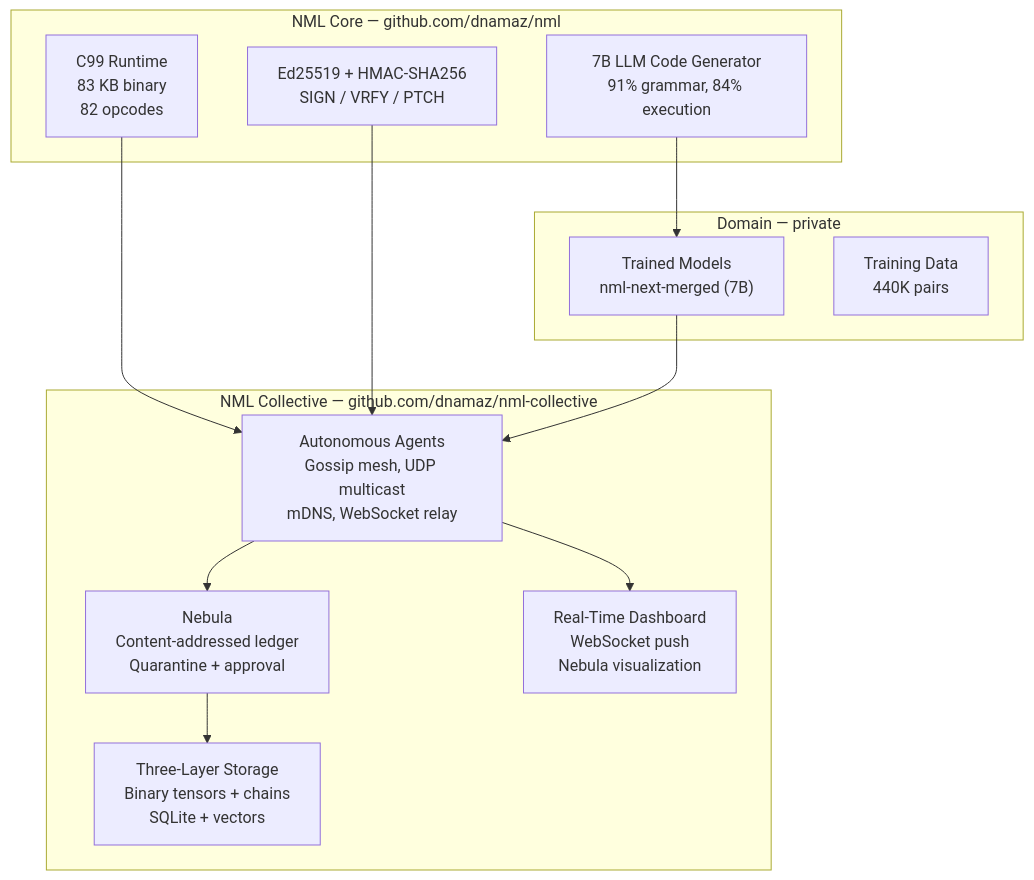
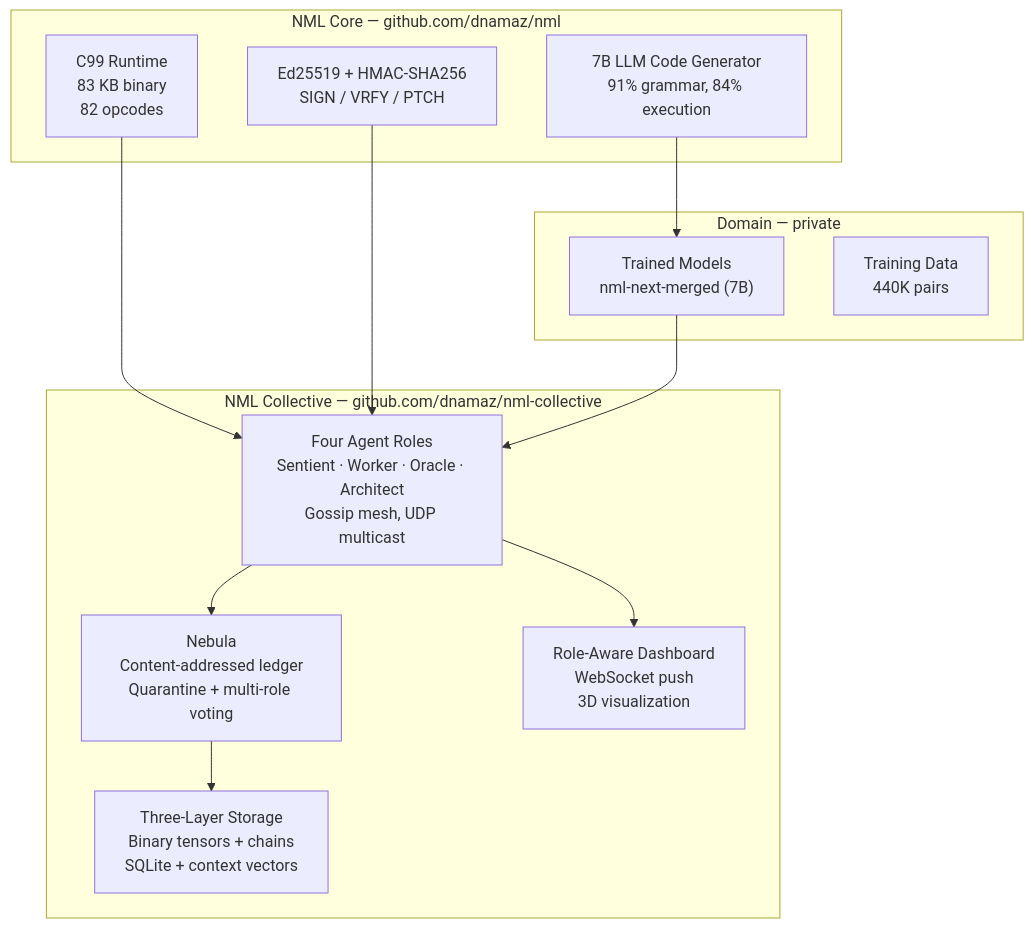
Before and after one commit to dnamaz/nml-collective: the first of 5 diagrams in docs/SYSTEM_ARCHITECTURE.md, drawn with Mermaid. The commit also changed other lines of this file and 15 other files, not shown here.

First line of the commit message:
Add Oracle and Architect roles, two-phase VOTE, rich data context, interactive dashboard

````diff
--- a/docs/SYSTEM_ARCHITECTURE.md
+++ b/docs/SYSTEM_ARCHITECTURE.md
@@ -9,25 +9,25 @@
 ```mermaid
 flowchart TB
     subgraph nml_core [NML Core — github.com/dnamaz/nml]
         runtime["C99 Runtime\n83 KB binary\n82 opcodes"]
         crypto["Ed25519 + HMAC-SHA256\nSIGN / VRFY / PTCH"]
         training["7B LLM Code Generator\n91% grammar, 84% execution"]
     end
     subgraph collective [NML Collective — github.com/dnamaz/nml-collective]
-        agents["Autonomous Agents\nGossip mesh, UDP multicast\nmDNS, WebSocket relay"]
-        nebula["Nebula\nContent-addressed ledger\nQuarantine + approval"]
-        storage["Three-Layer Storage\nBinary tensors + chains\nSQLite + vectors"]
-        dashboard["Real-Time Dashboard\nWebSocket push\nNebula visualization"]
+        agents["Four Agent Roles\nSentient · Worker · Oracle · Architect\nGossip mesh, UDP multicast"]
+        nebula["Nebula\nContent-addressed ledger\nQuarantine + multi-role voting"]
+        storage["Three-Layer Storage\nBinary tensors + chains\nSQLite + context vectors"]
+        dashboard["Role-Aware Dashboard\nWebSocket push\n3D visualization"]
     end
     subgraph domain [Domain — private]
         models["Trained Models\nnml-next-merged (7B)"]
         data["Training Data\n440K pairs"]
     end
     runtime --> agents
     crypto --> agents
     training --> models
     models --> agents
     agents --> nebula
     nebula --> storage
     agents --> dashboard
 ```
````
